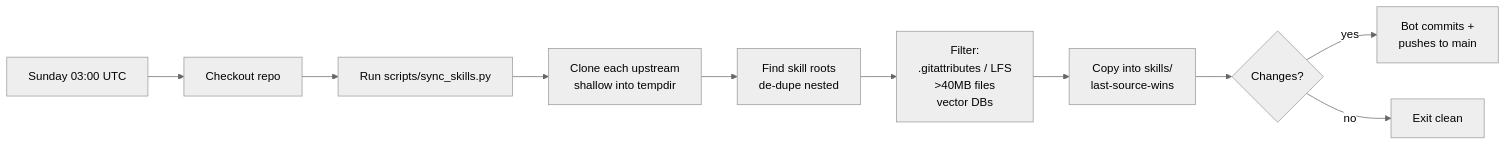
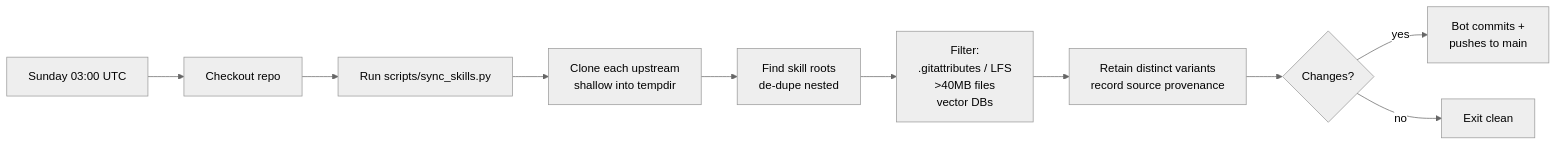
The diagram in README.md (FridrichMethod/awesome-skills), drawn with Mermaid (neutral theme) before and after one commit. The commit also changed other lines of this file and 8 other files, not shown here.

````diff
--- a/README.md
+++ b/README.md
@@ -214,12 +234,12 @@
 ```mermaid
 flowchart LR
     A[Sunday 03:00 UTC] --> B[Checkout repo]
     B --> C[Run scripts/sync_skills.py]
     C --> D[Clone each upstream<br/>shallow into tempdir]
     D --> E[Find skill roots<br/>de-dupe nested]
     E --> F[Filter:<br/>.gitattributes / LFS<br/>>40MB files<br/>vector DBs]
-    F --> G[Copy into skills/<br/>last-source-wins]
+    F --> G[Retain distinct variants<br/>record source provenance]
     G --> H{Changes?}
     H -- yes --> I[Bot commits +<br/>pushes to main]
     H -- no --> J[Exit clean]
 ```
````
